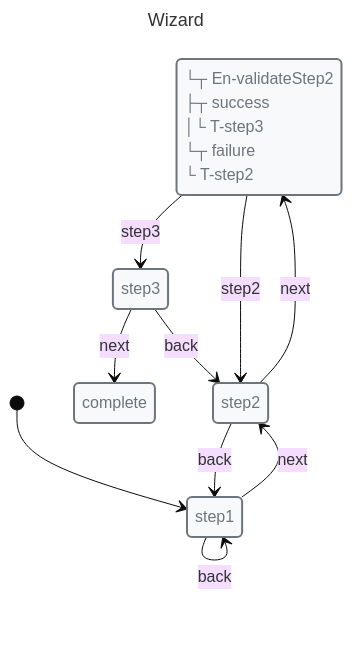
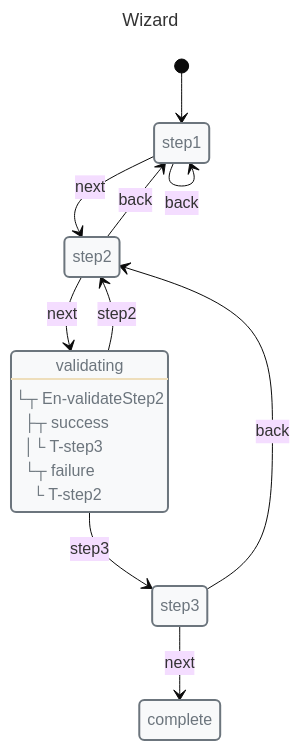
Before and after one commit to Masquerade-Circus/x-robot: the third of 3 diagrams in docs/recipes/wizard.md, drawn with Mermaid (base theme). The commit also changed other lines of this file and 123 other files, not shown here.

Commit message:
refactor: improve mermaid code

````diff
--- a/docs/recipes/wizard.md
+++ b/docs/recipes/wizard.md
@@ -101,37 +101,38 @@
 ```mermaid
 ---
 title: Wizard
 ---
 
 stateDiagram-v2
+direction TB
 
 classDef danger fill:#f8d7da,stroke:#721c24,stroke-width:2px,text-align:left,color:#721c24
 classDef warning fill:#fff3cd,stroke:#856404,stroke-width:2px,text-align:left,color:#856404
 classDef success fill:#d4edda,stroke:#155724,stroke-width:2px,text-align:left,color:#155724
 classDef primary fill:#cce5ff,stroke:#004085,stroke-width:2px,text-align:left,color:#004085
 classDef info fill:#d1ecf1,stroke:#0c5460,stroke-width:2px,text-align:left,color:#0c5460
 classDef def fill:#f8f9fa,stroke:#6c757d,stroke-width:2px,text-align:left,color:#6c757d
 
-state step1
-state step2
-state validating
-state step3
-state complete
+state "step1" as step1
+state "step2" as step2
+state "validating" as validating
+state "step3" as step3
+state "complete" as complete
 class step1 def
 class step2 def
 class validating def
 class step3 def
 class complete def
 
-validating: └┬ En-validateStep2<br> ├┬ success<br> │└ T-step3<br> └┬ failure<br>  └ T-step2
+validating: └┬ En-validateStep2<br> ├┬ success<br> │└ T-step3<br> └┬ failure<br>  └ T-step2
 
 [*] --> step1
 step1 --> step2: next
 step1 --> step1: back
 step2 --> validating: next
 step2 --> step1: back
 validating --> step3: step3
 validating --> step2: step2
 step3 --> complete: next
 step3 --> step2: back
 ```
````
